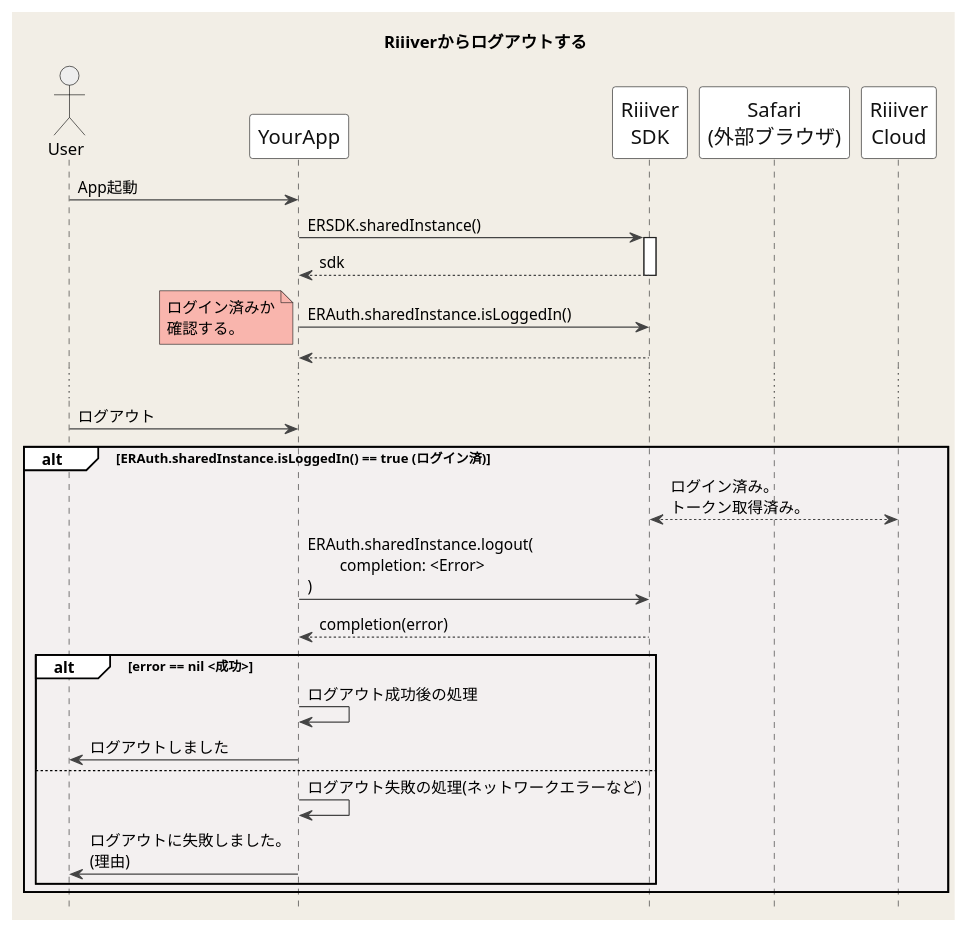
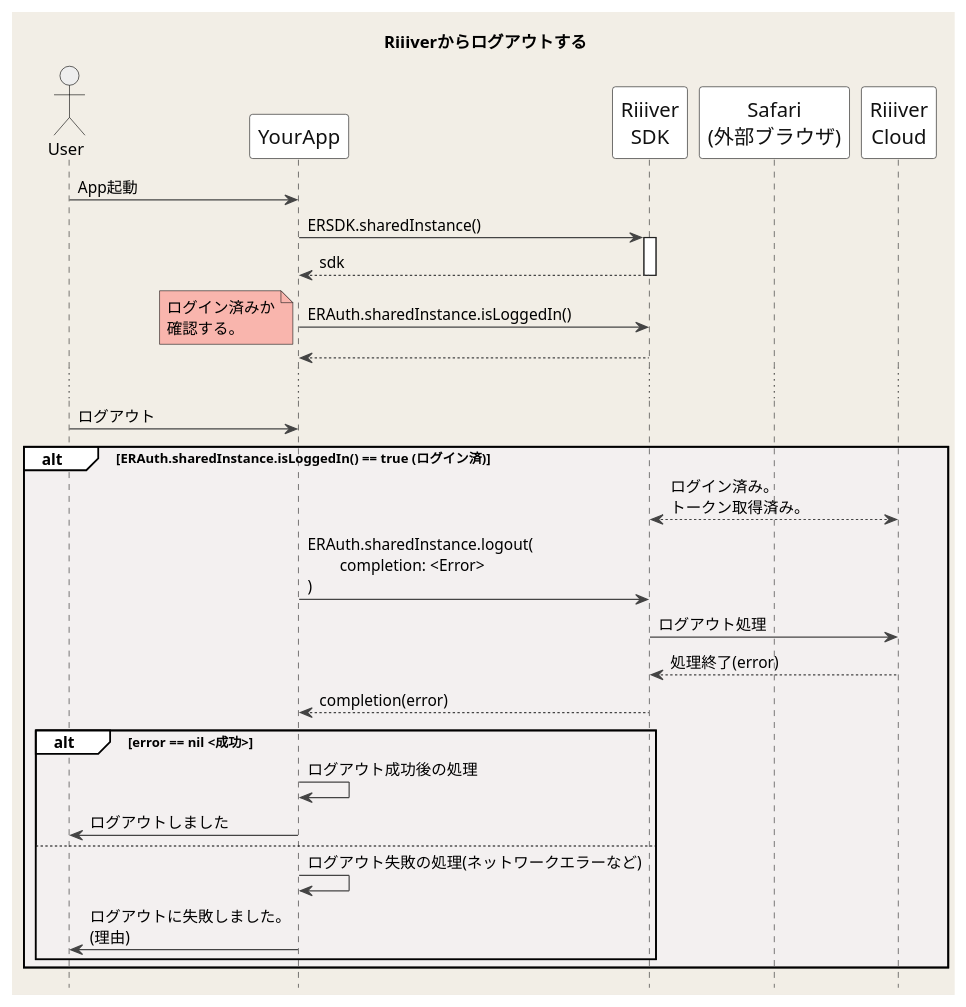
Before and after one commit to CitizenWatch/RiiiverResources: the diagram in images/ja/Sequences/logout.pu, drawn with PlantUML. The commit also changed 4 other files, not shown here.

```diff
--- a/images/ja/Sequences/logout.pu
+++ b/images/ja/Sequences/logout.pu
@@ -1,66 +1,68 @@
 @startuml
 title Riiiverからログアウトする
 hide footbox
 
 skinparam DefaultFontName "Noto Sans JP, Helvetica, Arial, Liberation Sans"
 skinparam BackgroundColor #F2EEE6
 skinparam Shadowing false
 skinparam NoteBackgroundColor #F9B5AD
 skinparam NodeBorderColor #F26767
 
 skinparam sequence {
 ArrowColor #444444
 ActorBorderColor Black
 LifeLineBorderColor #222222
 LifeLineBackgroundColor White
 BoxBorderColor #FFFFFF
 BoxBackgroundColor #F2fEf6
 GroupBackgroundColor #FFFFFF
 GroupBodyBackgroundColor #F3F0F0
 
 ParticipantBorderColor #111111
 ParticipantBackgroundColor White
 ParticipantFontSize 17
 ParticipantFontColor #111111
 BoundaryBorderColor Gray
 ActorBackgroundColor #eeeeee
 ActorFontColor Black
 
 }
 
 actor User
 participant YourApp as App
 participant "Riiiver\nSDK" as ERSDK
 participant "Safari\n(外部ブラウザ)" as Safari
 participant "Riiiver\nCloud" as Riiiver
 
 User -> App: App起動
 
 App -> ERSDK: ERSDK.sharedInstance()
 activate ERSDK
 App <-- ERSDK: sdk
 deactivate ERSDK
 
 App -> ERSDK: ERAuth.sharedInstance.isLoggedIn()
 note left: ログイン済みか\n確認する。
 ERSDK --> App: 
 ...
 User -> App: ログアウト
 alt ERAuth.sharedInstance.isLoggedIn() == true (ログイン済)
     ERSDK <---> Riiiver: ログイン済み。\nトークン取得済み。
     App -> ERSDK: ERAuth.sharedInstance.logout(\n\tcompletion: <Error>\n)
+    ERSDK -> Riiiver: ログアウト処理
+    ERSDK <-- Riiiver: 処理終了(error)
     ERSDK --> App: completion(error)
     alt error == nil <成功>
         App -> App: ログアウト成功後の処理
         App -> User: ログアウトしました
     else
         App -> App: ログアウト失敗の処理(ネットワークエラーなど)
         App -> User: ログアウトに失敗しました。\n(理由)
     end
 end
 
 
 
 
 
 @enduml
```
